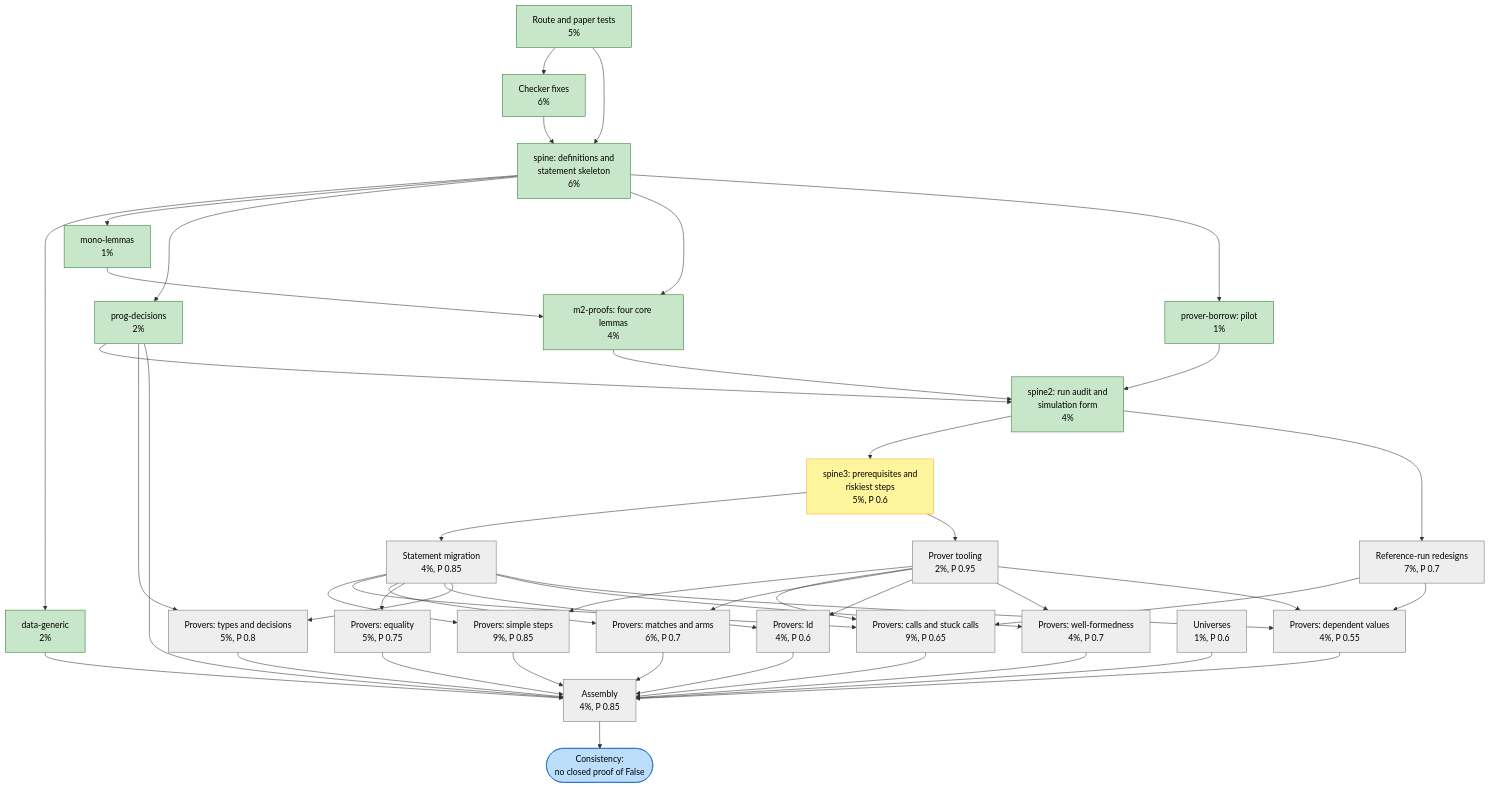
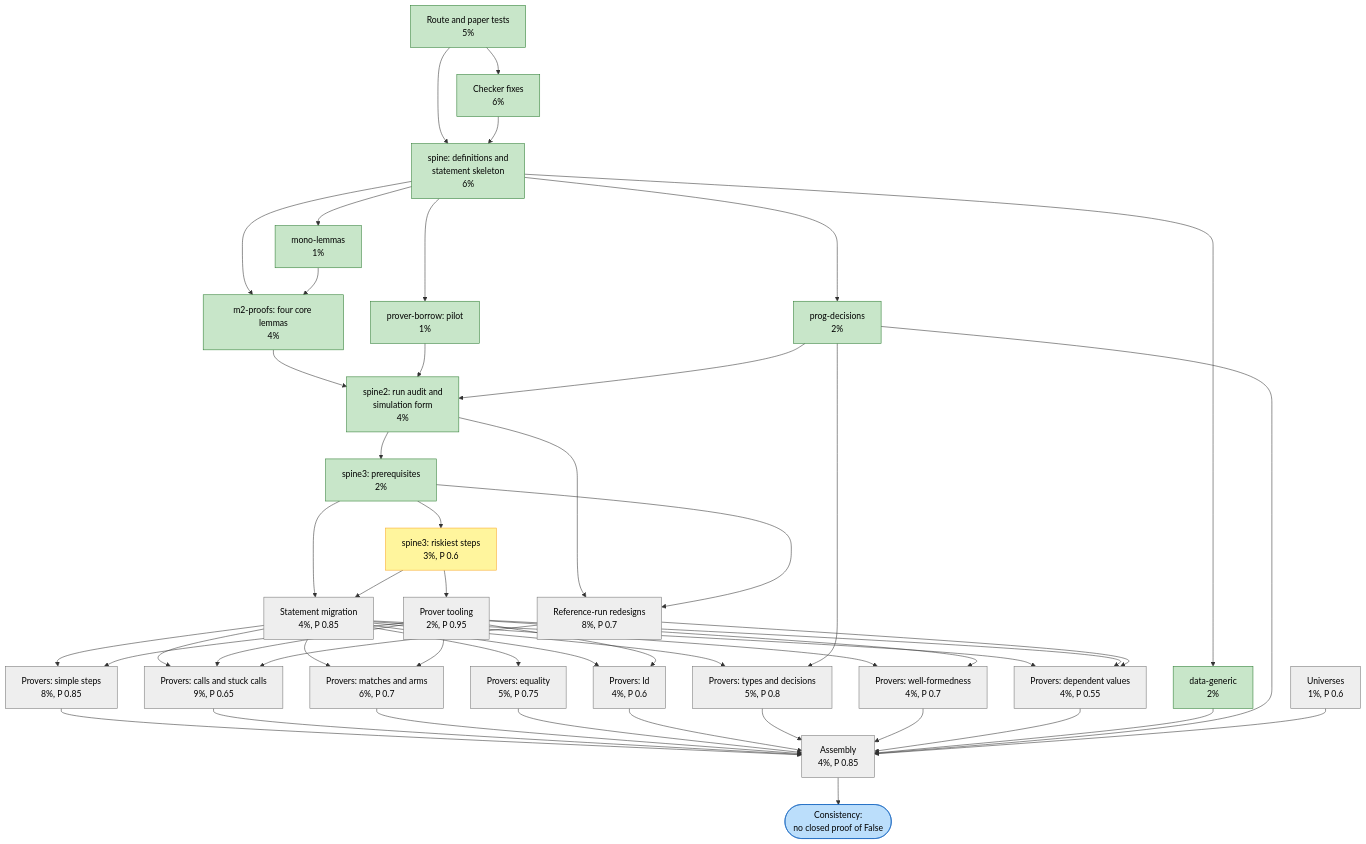
One commit to charlielidbury/ochre changed the diagram in ochr/docs/32-consistency-work-units.md. Above: the diagram before and after it, drawn with Mermaid. The commit also changed other lines of this file, not shown here.

First line of the commit message:
ochr/docs/32: spine3's prerequisites are done; the run redesign row names the new differences

```diff
--- a/ochr/docs/32-consistency-work-units.md
+++ b/ochr/docs/32-consistency-work-units.md
@@ -71,12 +72,14 @@
     pborrow["prover-borrow: pilot<br/>1%"]:::done
     spine2["spine2: run audit and<br/>simulation form<br/>4%"]:::done
 
-    spine3["spine3: prerequisites and<br/>riskiest steps<br/>5%, P 0.6"]:::running
+    spine3a["spine3: prerequisites<br/>2%"]:::done
+
+    spine3["spine3: riskiest steps<br/>3%, P 0.6"]:::running
     migrate["Statement migration<br/>4%, P 0.85"]:::todo
-    redesign["Reference-run redesigns<br/>7%, P 0.7"]:::todo
+    redesign["Reference-run redesigns<br/>8%, P 0.7"]:::todo
     tooling["Prover tooling<br/>2%, P 0.95"]:::todo
 
-    pSimple["Provers: simple steps<br/>9%, P 0.85"]:::todo
+    pSimple["Provers: simple steps<br/>8%, P 0.85"]:::todo
     pCalls["Provers: calls and stuck calls<br/>9%, P 0.65"]:::todo
     pMatch["Provers: matches and arms<br/>6%, P 0.7"]:::todo
     pEq["Provers: equality<br/>5%, P 0.75"]:::todo
@@ -102,8 +105,11 @@
     pborrow --> spine2
     progdec --> spine2
 
-    spine2 --> spine3
+    spine2 --> spine3a
+    spine3a --> spine3
     spine2 --> redesign
+    spine3a --> redesign
+    spine3a --> migrate
     spine3 --> migrate
     spine3 --> tooling
 
```
